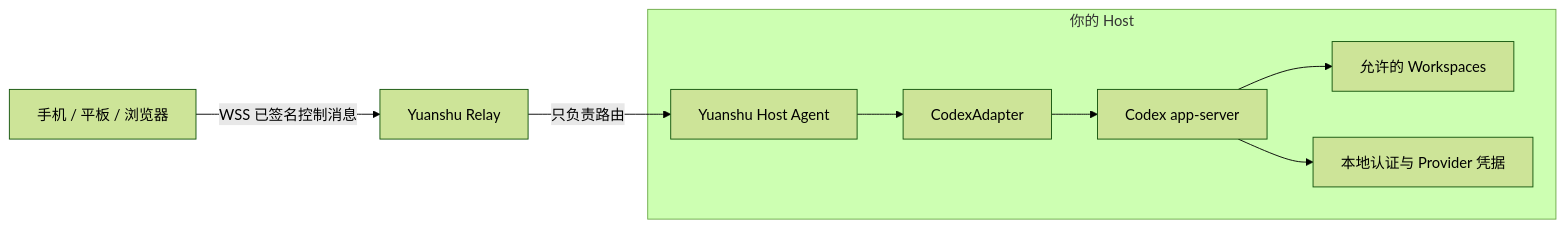
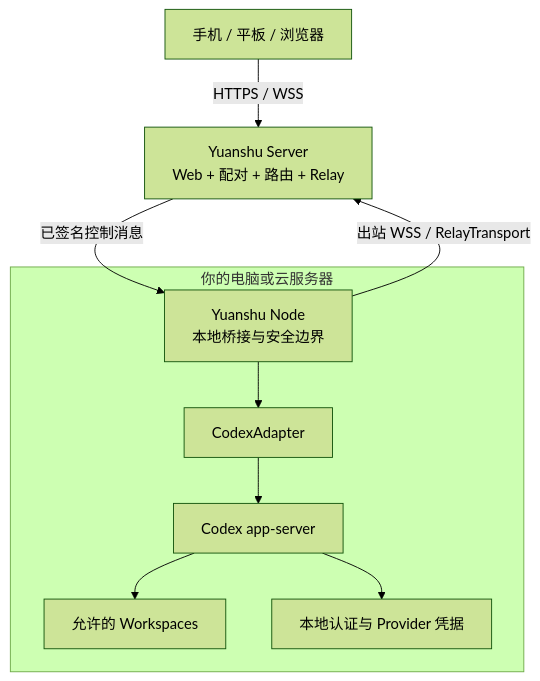
The diagram in README.zh-CN.md (yuanshu-ai/yuanshu), drawn with Mermaid (forest theme) before and after one commit. The commit also changed other lines of this file and 1 other file, not shown here.

Commit message:
docs: align readme with standalone architecture

````diff
--- a/README.zh-CN.md
+++ b/README.zh-CN.md
@@ -46,20 +47,21 @@
 ```mermaid
-flowchart LR
+flowchart TB
     Client["手机 / 平板 / 浏览器"]
-    Relay["Yuanshu Relay"]
+    Server["Yuanshu Server<br/>Web + 配对 + 路由 + Relay"]
 
-    subgraph Host["你的 Host"]
-        Agent["Yuanshu Host Agent"]
+    subgraph Machine["你的电脑或云服务器"]
+        Node["Yuanshu Node<br/>本地桥接与安全边界"]
         Adapter["CodexAdapter"]
         Codex["Codex app-server"]
         Workspace["允许的 Workspaces"]
         Credentials["本地认证与 Provider 凭据"]
     end
 
-    Client -->|"WSS 已签名控制消息"| Relay
-    Relay -->|"只负责路由"| Agent
-    Agent --> Adapter
+    Client -->|"HTTPS / WSS"| Server
+    Node -->|"出站 WSS / RelayTransport"| Server
+    Server -->|"已签名控制消息"| Node
+    Node --> Adapter
     Adapter --> Codex
     Codex --> Workspace
     Codex --> Credentials
 ```
````
